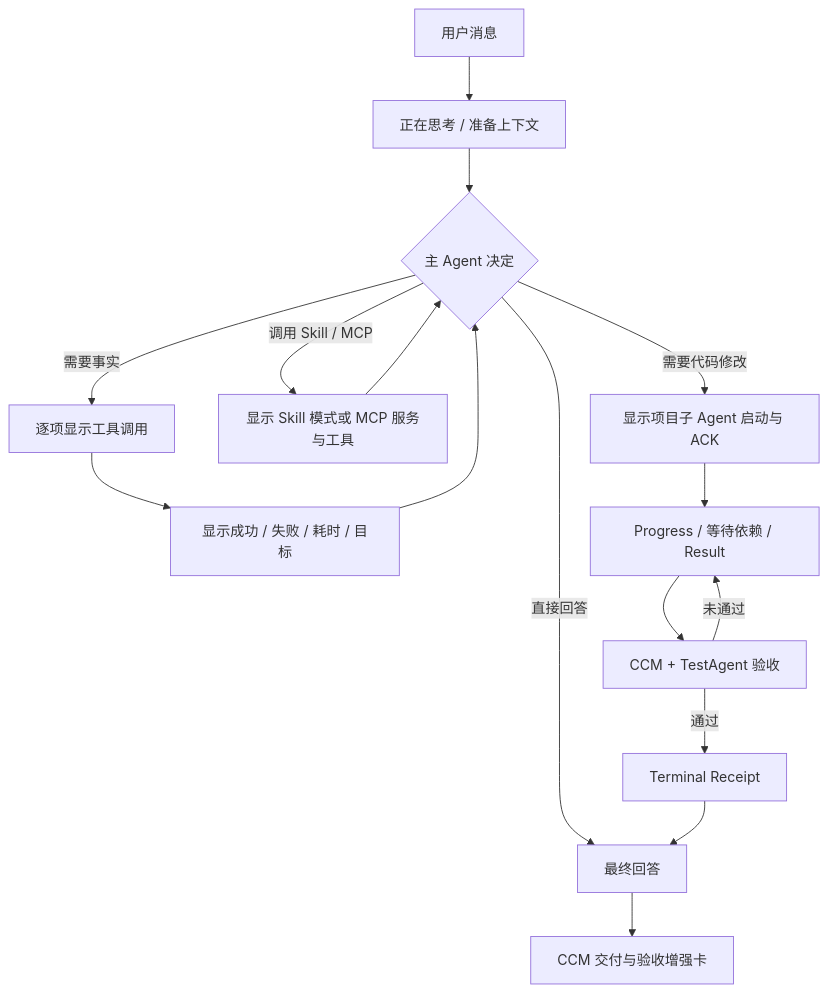
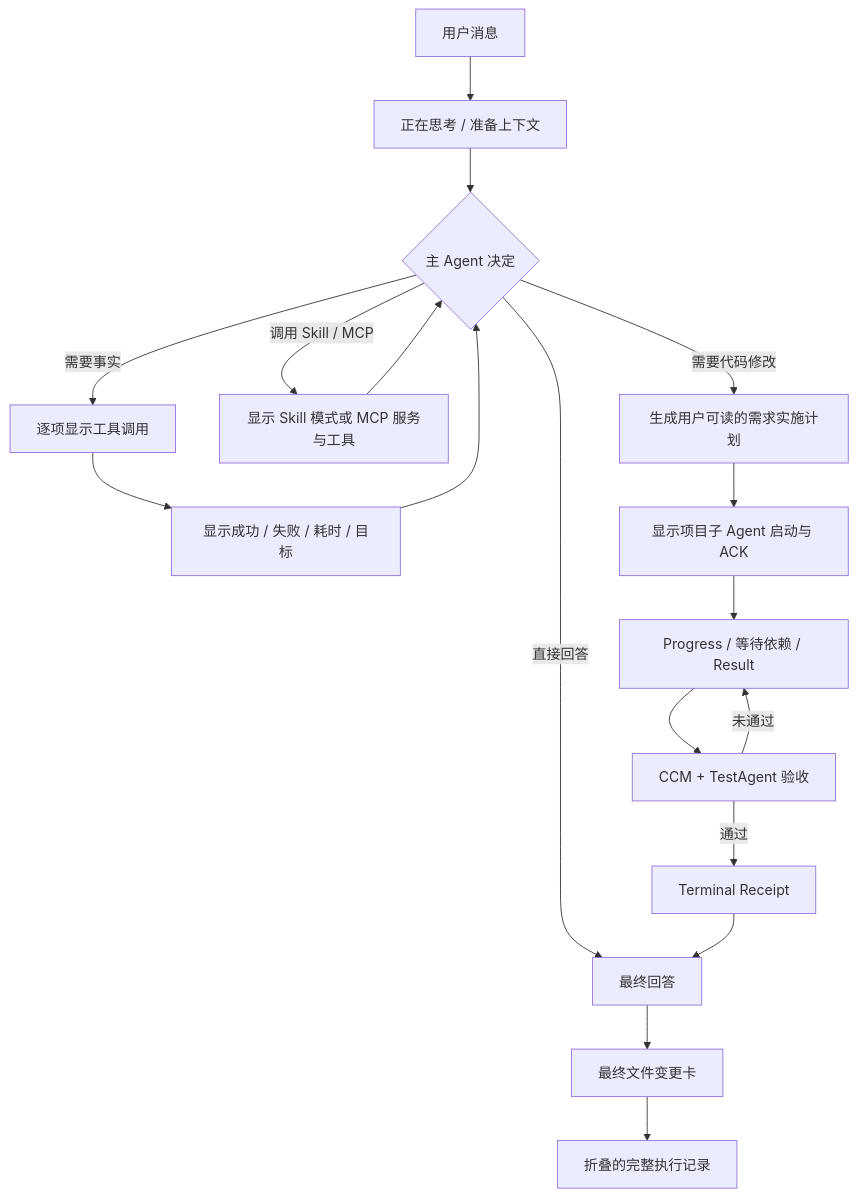
One commit to mumulinya/ccm-web changed the diagram in docs/confirmed-business-processes/CC-STYLE-USER-VISIBLE-EXECUTION-FLOW.md. Above: the diagram before and after it, drawn with Mermaid. The commit also changed other lines of this file and 381 other files, not shown here.

````diff
--- a/docs/confirmed-business-processes/CC-STYLE-USER-VISIBLE-EXECUTION-FLOW.md
+++ b/docs/confirmed-business-processes/CC-STYLE-USER-VISIBLE-EXECUTION-FLOW.md
@@ -8,18 +8,20 @@
 ```mermaid
 flowchart TD
     U["用户消息"] --> T["正在思考 / 准备上下文"]
     T --> D{"主 Agent 决定"}
     D -- "直接回答" --> R["最终回答"]
     D -- "需要事实" --> TS["逐项显示工具调用"]
     TS --> TR["显示成功 / 失败 / 耗时 / 目标"]
     TR --> D
     D -- "调用 Skill / MCP" --> SM["显示 Skill 模式或 MCP 服务与工具"]
     SM --> D
-    D -- "需要代码修改" --> A["显示项目子 Agent 启动与 ACK"]
+    D -- "需要代码修改" --> PL["生成用户可读的需求实施计划"]
+    PL --> A["显示项目子 Agent 启动与 ACK"]
     A --> P["Progress / 等待依赖 / Result"]
     P --> V["CCM + TestAgent 验收"]
     V -- "未通过" --> P
     V -- "通过" --> X["Terminal Receipt"]
     X --> R
-    R --> C["CCM 交付与验收增强卡"]
+    R --> F["最终文件变更卡"]
+    F --> H["折叠的完整执行记录"]
 ```
````
